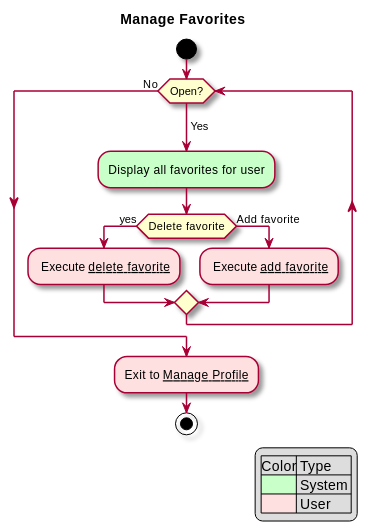
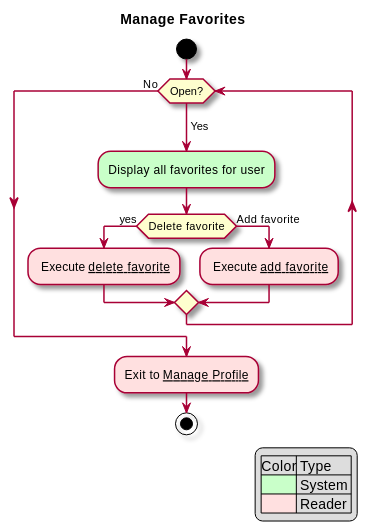
Before and after one commit to sashap100/Vassar-Dining-App: the diagram in intellij/doc/use-cases/manage-favorites.md, drawn with PlantUML. The commit also changed 6 other files, not shown here.

````diff
--- a/intellij/doc/use-cases/manage-favorites.md
+++ b/intellij/doc/use-cases/manage-favorites.md
@@ -25,23 +25,23 @@
 ```plantuml
 @startuml
 
 skin rose
 title Manage Favorites
 legend right
     |Color| Type |
     |<#technology>| System |
-    |<#implementation>| User |
+    |<#implementation>| Reader |
 endlegend
 start
 while (Open?) is (\nYes)
 #technology:Display all favorites for user;
 If (Delete favorite) then (yes)
     #implementation: Execute __delete favorite__;
 else (Add favorite)
      #implementation: Execute __add favorite__;
 endif
 endwhile (No)
 #implementation:Exit to __Manage Profile__;
 stop
 @enduml
 ```
````
